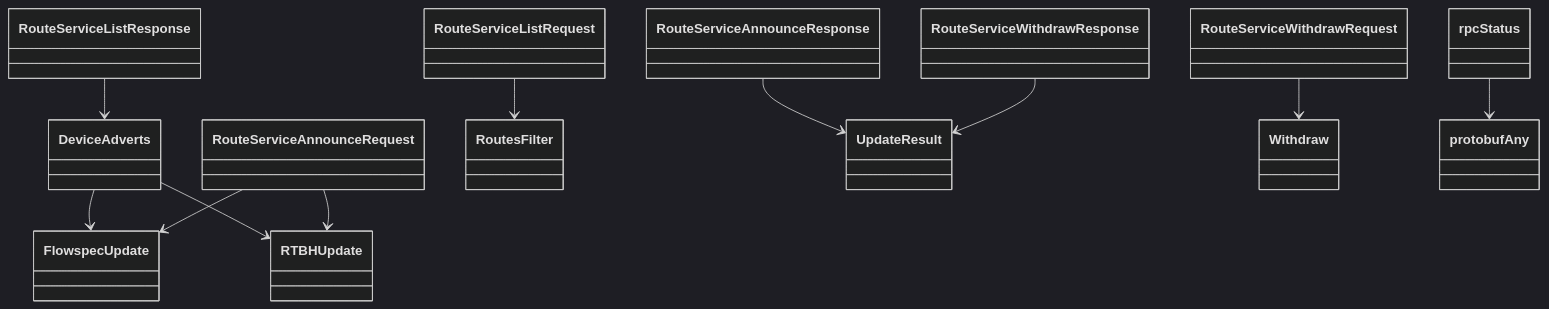
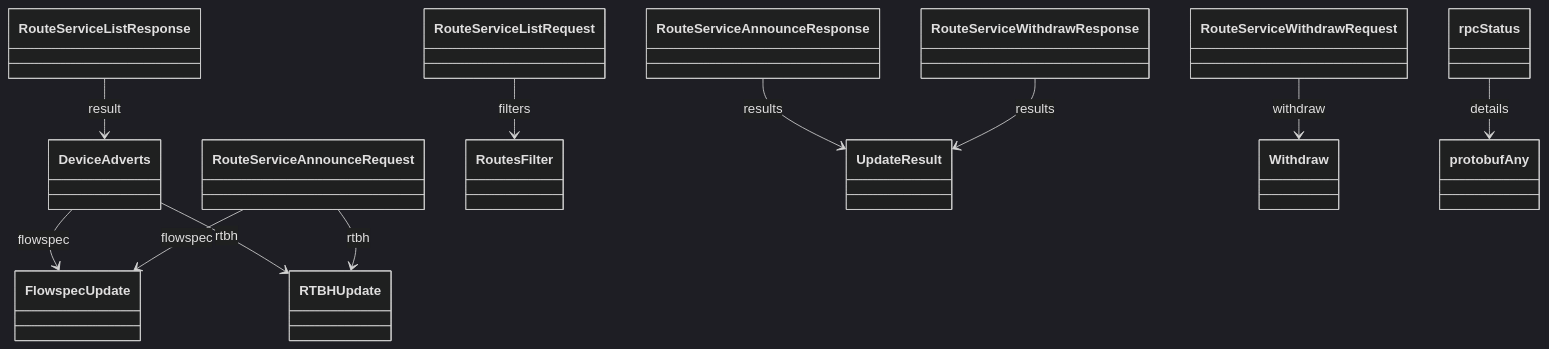
One commit to alexdearaujo/community_sdk_python changed the eighth of 8 diagrams in docs/sphinx/services/ktbgp.md. Above: the diagram before and after it, drawn with Mermaid (dark theme). The commit also changed other lines of this file and 129 other files, not shown here.

````diff
--- a/docs/sphinx/services/ktbgp.md
+++ b/docs/sphinx/services/ktbgp.md
@@ -258,27 +279,27 @@
 ```mermaid
 classDiagram
     class DeviceAdverts
     class FlowspecUpdate
     class RTBHUpdate
     class RouteServiceAnnounceRequest
     class RouteServiceAnnounceResponse
     class RouteServiceListRequest
     class RouteServiceListResponse
     class RouteServiceWithdrawRequest
     class RouteServiceWithdrawResponse
     class RoutesFilter
     class UpdateResult
     class Withdraw
     class protobufAny
     class rpcStatus
-    DeviceAdverts --> FlowspecUpdate
-    DeviceAdverts --> RTBHUpdate
-    RouteServiceAnnounceRequest --> FlowspecUpdate
-    RouteServiceAnnounceRequest --> RTBHUpdate
-    RouteServiceAnnounceResponse --> UpdateResult
-    RouteServiceListRequest --> RoutesFilter
-    RouteServiceListResponse --> DeviceAdverts
-    RouteServiceWithdrawRequest --> Withdraw
-    RouteServiceWithdrawResponse --> UpdateResult
-    rpcStatus --> protobufAny
+    DeviceAdverts --> FlowspecUpdate : flowspec
+    DeviceAdverts --> RTBHUpdate : rtbh
+    RouteServiceAnnounceRequest --> FlowspecUpdate : flowspec
+    RouteServiceAnnounceRequest --> RTBHUpdate : rtbh
+    RouteServiceAnnounceResponse --> UpdateResult : results
+    RouteServiceListRequest --> RoutesFilter : filters
+    RouteServiceListResponse --> DeviceAdverts : result
+    RouteServiceWithdrawRequest --> Withdraw : withdraw
+    RouteServiceWithdrawResponse --> UpdateResult : results
+    rpcStatus --> protobufAny : details
 ```
````
